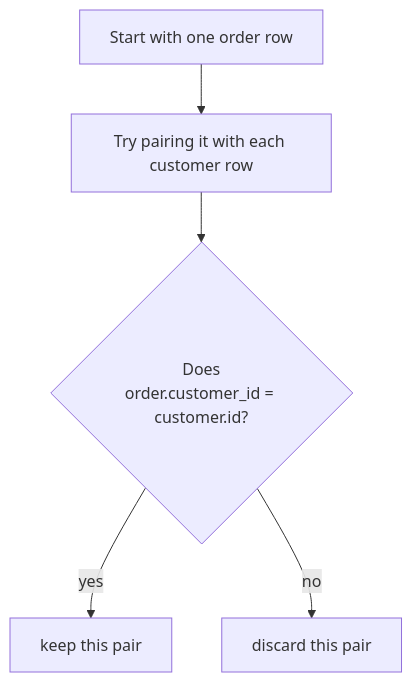
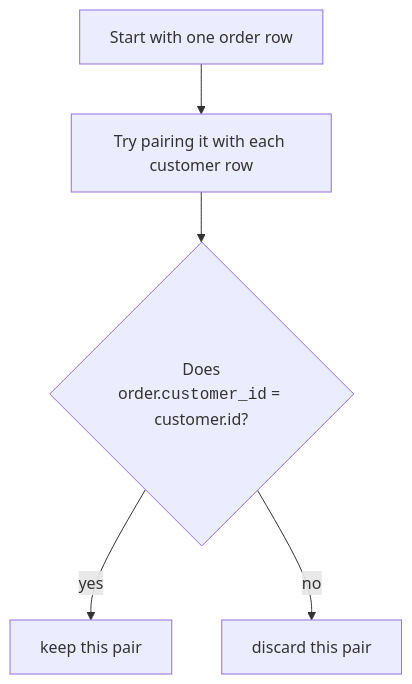
The second of 4 diagrams in content/learn/sqlite-for-beginners/understanding-joins.mdx (dataslope/dataslope), drawn with Mermaid before and after one commit. The commit also changed other lines of this file and 153 other files, not shown here.

First line of the commit message:
Render code-only mermaid shapes in monospace; convert step sequences to Steps

````diff
--- a/content/learn/sqlite-for-beginners/understanding-joins.mdx
+++ b/content/learn/sqlite-for-beginners/understanding-joins.mdx
@@ -67,7 +67,7 @@
 ```mermaid
 flowchart TB
     A["Start with one order row"] --> B["Try pairing it with each customer row"]
-    B --> C{"Does<br/>order.customer_id = customer.id?"}
+    B --> C{"Does<br/>order.<code>customer_id</code> = customer.id?"}
     C -->|"yes"| D["keep this pair"]
     C -->|"no"| E["discard this pair"]
 ```
````
